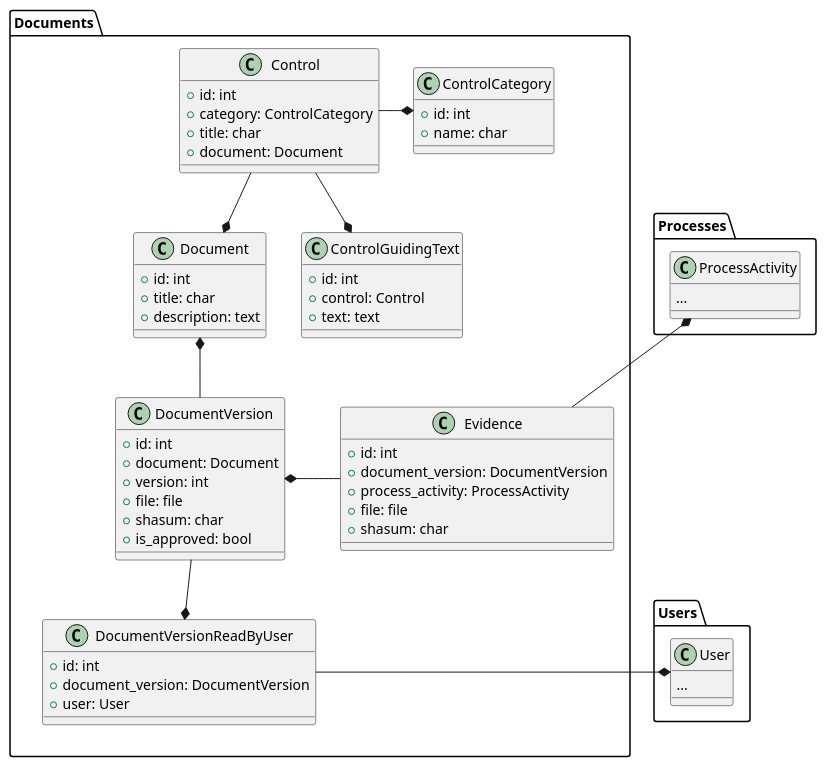
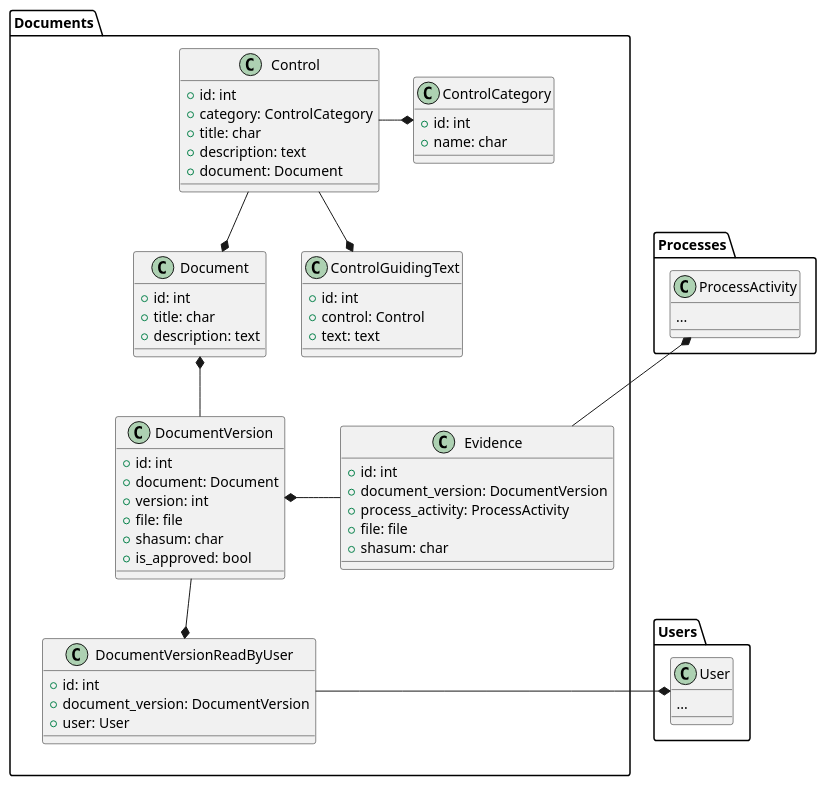
One commit to Gabo-araya/sgsi_ext changed the first of 4 diagrams in docs/rfc/InitialModellingRFC.md. Above: the diagram before and after it, drawn with PlantUML. The commit also changed other lines of this file and 10 other files, not shown here.

````diff
--- a/docs/rfc/InitialModellingRFC.md
+++ b/docs/rfc/InitialModellingRFC.md
@@ -17,65 +17,66 @@
 ```plantuml
 package Documents {
     together {
         class Document {
             + id: int
             + title: char
             + description: text
         }
         together {
             class DocumentVersion {
                 + id: int
                 + document: Document
                 + version: int
                 + file: file
                 + shasum: char
                 + is_approved: bool
             }
             class DocumentVersionReadByUser {
                 + id: int
                 + document_version: DocumentVersion
                 + user: User
             }
         }
     }
     class Control {
         + id: int
         + category: ControlCategory
         + title: char
+        + description: text
         + document: Document
     }
     class ControlGuidingText {
         + id: int
         + control: Control
         + text: text
     }
     class ControlCategory {
         + id: int
         + name: char
     }
     class Evidence {
         + id: int
         + document_version: DocumentVersion
         + process_activity: ProcessActivity
         + file: file
         + shasum: char
     }
 }
 
 class Processes.ProcessActivity {
     ...
 }
 
 class Users.User {
     ...
 }
 
 Documents.Control --* Documents.Document
 Documents.Control -* Documents.ControlCategory
 Documents.Control --* Documents.ControlGuidingText
 Documents.DocumentVersion -up-* Documents.Document
 Documents.DocumentVersion --* Documents.DocumentVersionReadByUser
 Documents.Evidence -up-* Processes.ProcessActivity
 Documents.Evidence -* Documents.DocumentVersion
 Documents.DocumentVersionReadByUser -* Users.User
 ```
````
